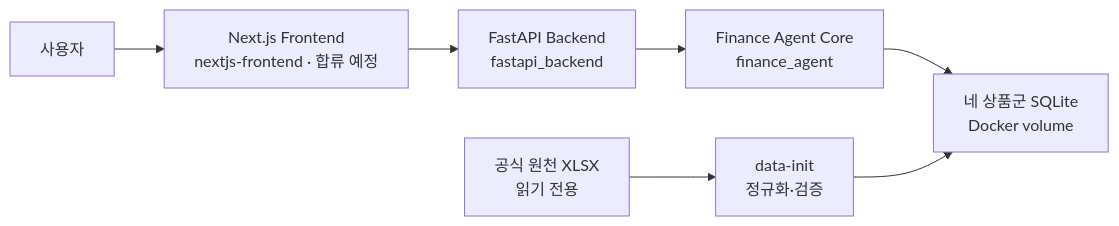
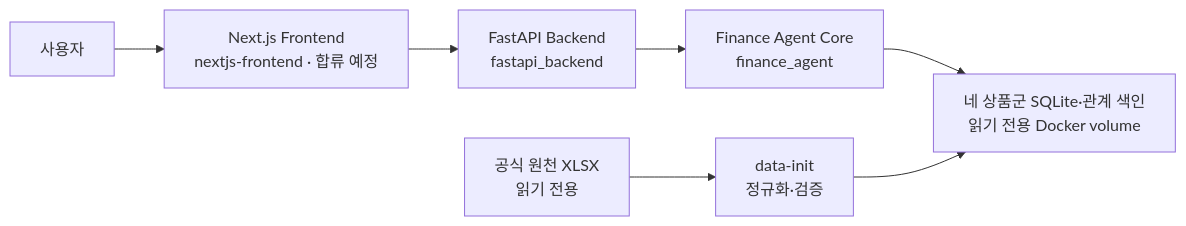
The diagram in README.md (Hyunhoim/gaeng3), drawn with Mermaid before and after one commit. The commit also changed other lines of this file and 26 other files, not shown here.

````diff
--- a/README.md
+++ b/README.md
@@ -47,9 +47,9 @@
 ```mermaid
 flowchart LR
     U["사용자"] --> F["Next.js Frontend<br/>nextjs-frontend · 합류 예정"]
     F --> B["FastAPI Backend<br/>fastapi_backend"]
     B --> A["Finance Agent Core<br/>finance_agent"]
-    A --> D["네 상품군 SQLite<br/>Docker volume"]
+    A --> D["네 상품군 SQLite·관계 색인<br/>읽기 전용 Docker volume"]
     X["공식 원천 XLSX<br/>읽기 전용"] --> I["data-init<br/>정규화·검증"]
     I --> D
 ```
````
